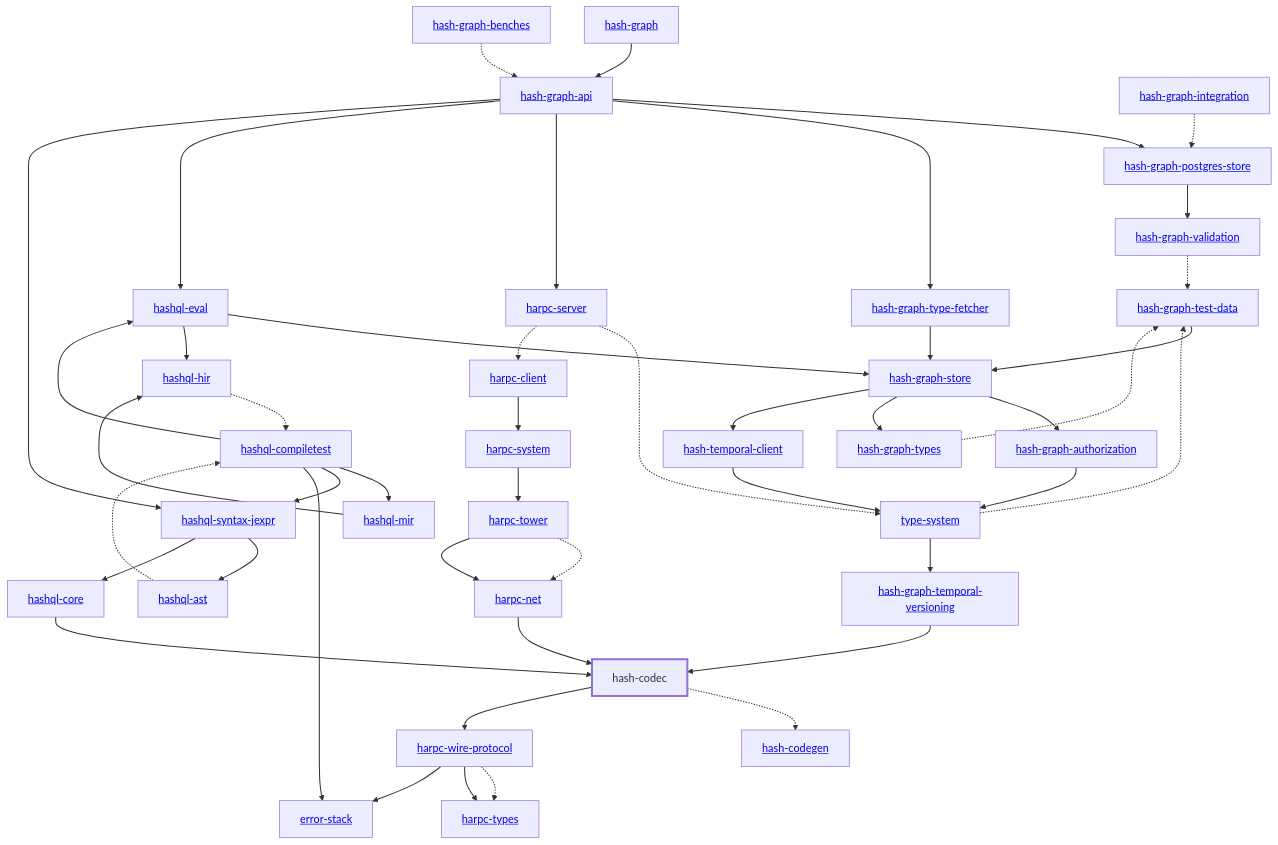
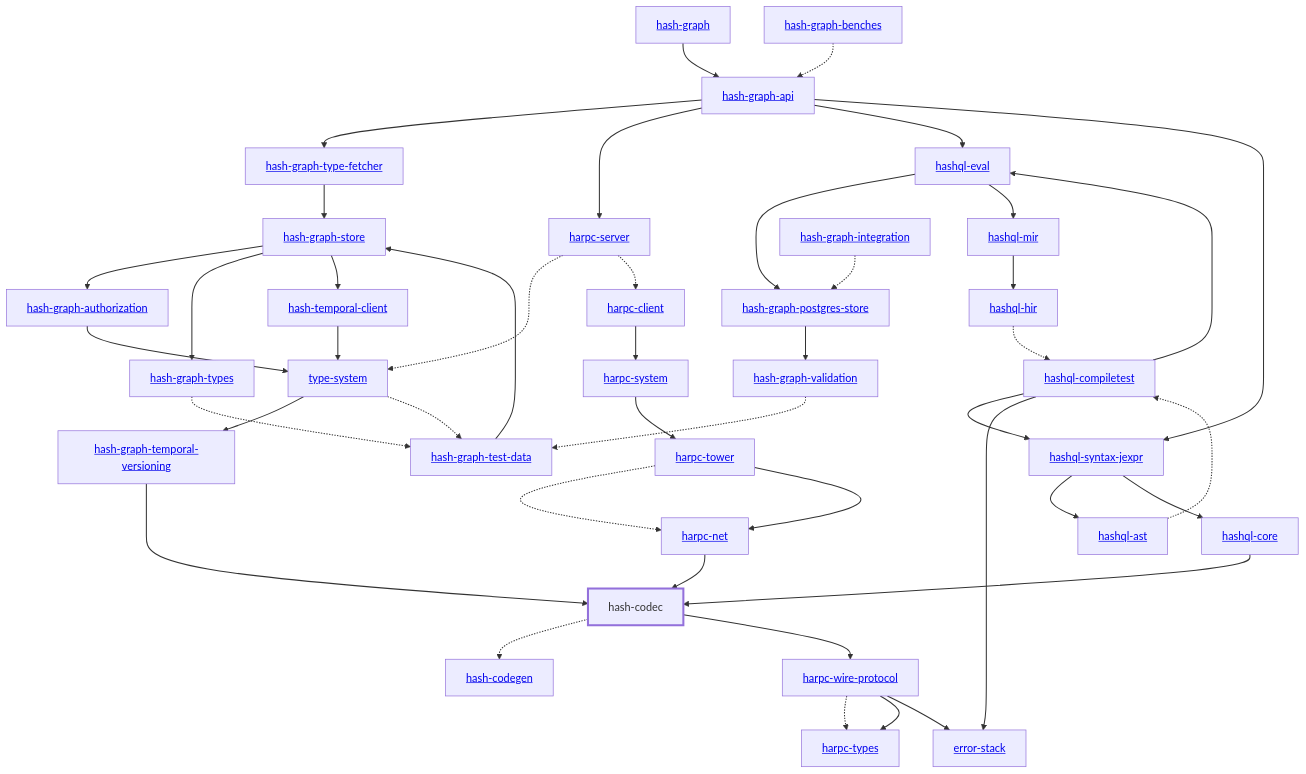
The diagram in libs/@local/codec/docs/dependency-diagram.mmd (hashintel/hash), drawn with Mermaid before and after one commit. The commit also changed 69 other files, not shown here.

```diff
--- a/libs/@local/codec/docs/dependency-diagram.mmd
+++ b/libs/@local/codec/docs/dependency-diagram.mmd
@@ -1,87 +1,85 @@
 graph TD
     linkStyle default stroke-width:1.5px
     classDef default stroke-width:1px
     classDef root stroke-width:3px
     classDef dev stroke-width:1px
     classDef build stroke-width:1px
     %% Legend
     %% --> : Normal dependency
     %% -.-> : Dev dependency
     %% ---> : Build dependency
     0[<a href="../hash_graph/index.html">hash-graph</a>]
     1[<a href="../type_system/index.html">type-system</a>]
     2[hash-codec]
     class 2 root
     3[<a href="../hash_codegen/index.html">hash-codegen</a>]
     4[<a href="../hash_graph_api/index.html">hash-graph-api</a>]
     5[<a href="../hash_graph_authorization/index.html">hash-graph-authorization</a>]
     6[<a href="../hash_graph_postgres_store/index.html">hash-graph-postgres-store</a>]
     7[<a href="../hash_graph_store/index.html">hash-graph-store</a>]
     8[<a href="../hash_graph_temporal_versioning/index.html">hash-graph-temporal-versioning</a>]
     9[<a href="../hash_graph_type_fetcher/index.html">hash-graph-type-fetcher</a>]
     10[<a href="../hash_graph_types/index.html">hash-graph-types</a>]
     11[<a href="../hash_graph_validation/index.html">hash-graph-validation</a>]
     12[<a href="../harpc_client/index.html">harpc-client</a>]
     13[<a href="../harpc_net/index.html">harpc-net</a>]
     14[<a href="../harpc_server/index.html">harpc-server</a>]
     15[<a href="../harpc_system/index.html">harpc-system</a>]
     16[<a href="../harpc_tower/index.html">harpc-tower</a>]
     17[<a href="../harpc_types/index.html">harpc-types</a>]
     18[<a href="../harpc_wire_protocol/index.html">harpc-wire-protocol</a>]
     19[<a href="../hashql_ast/index.html">hashql-ast</a>]
     20[<a href="../hashql_compiletest/index.html">hashql-compiletest</a>]
     21[<a href="../hashql_core/index.html">hashql-core</a>]
     22[<a href="../hashql_eval/index.html">hashql-eval</a>]
     23[<a href="../hashql_hir/index.html">hashql-hir</a>]
     24[<a href="../hashql_mir/index.html">hashql-mir</a>]
     25[<a href="../hashql_syntax_jexpr/index.html">hashql-syntax-jexpr</a>]
     26[<a href="../hash_temporal_client/index.html">hash-temporal-client</a>]
     27[<a href="../error_stack/index.html">error-stack</a>]
     28[<a href="../hash_graph_benches/index.html">hash-graph-benches</a>]
     29[<a href="../hash_graph_integration/index.html">hash-graph-integration</a>]
     30[<a href="../hash_graph_test_data/index.html">hash-graph-test-data</a>]
     0 --> 4
     1 --> 8
     1 -.-> 30
     2 -.-> 3
     2 --> 18
-    4 --> 6
     4 --> 9
     4 --> 14
     4 --> 22
     4 --> 25
     5 --> 1
     6 --> 11
     7 --> 5
     7 --> 10
     7 --> 26
     8 --> 2
     9 --> 7
     10 -.-> 30
     11 -.-> 30
     12 --> 15
     13 --> 2
     14 -.-> 1
     14 -.-> 12
     15 --> 16
     16 -.-> 13
     16 --> 13
     18 -.-> 17
     18 --> 17
     18 --> 27
     19 -.-> 20
     20 --> 22
-    20 --> 24
     20 --> 25
     20 --> 27
     21 --> 2
-    22 --> 7
-    22 --> 23
+    22 --> 6
+    22 --> 24
     23 -.-> 20
     24 --> 23
     25 --> 19
     25 --> 21
     26 --> 1
     28 -.-> 4
     29 -.-> 6
     30 --> 7
```
